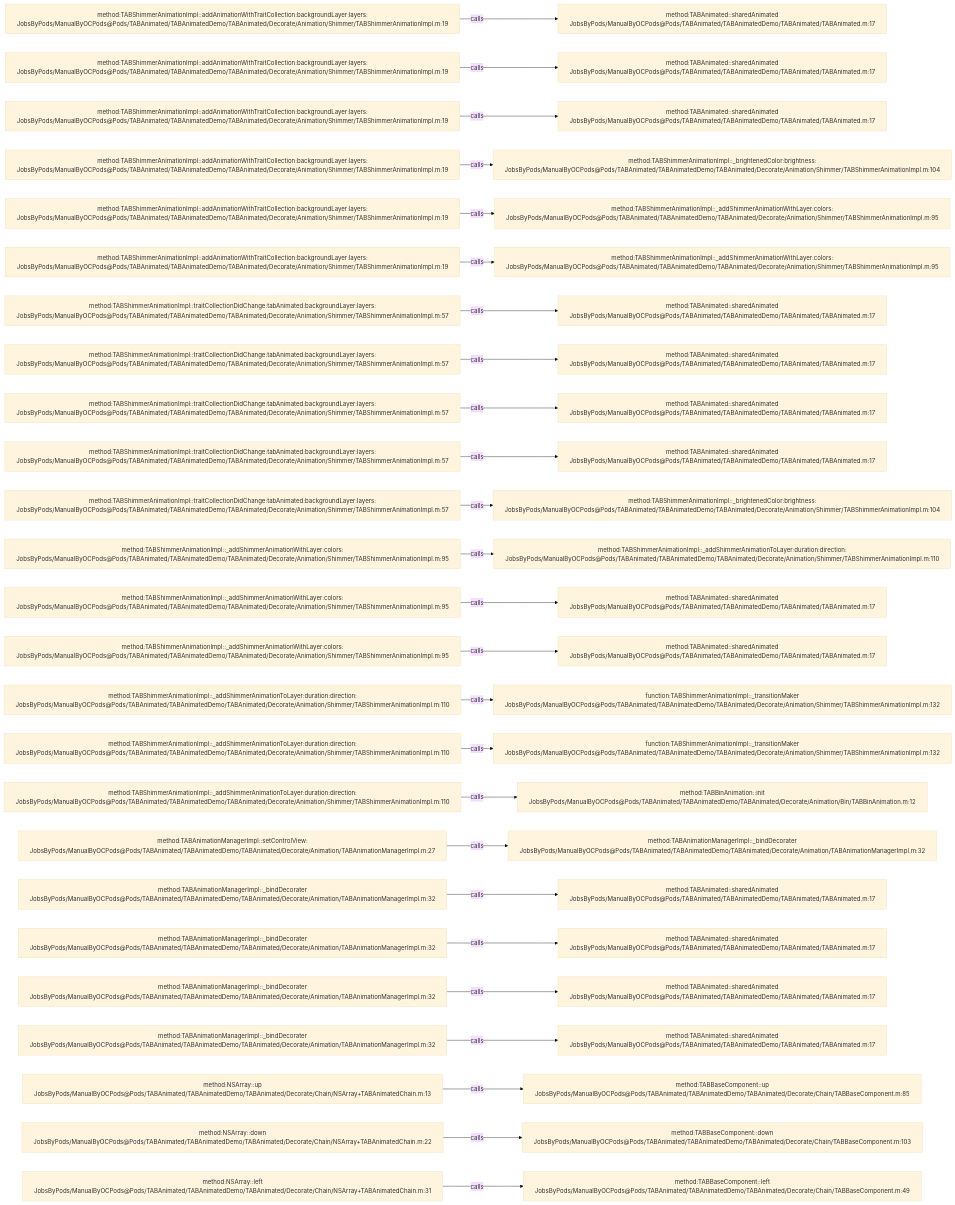
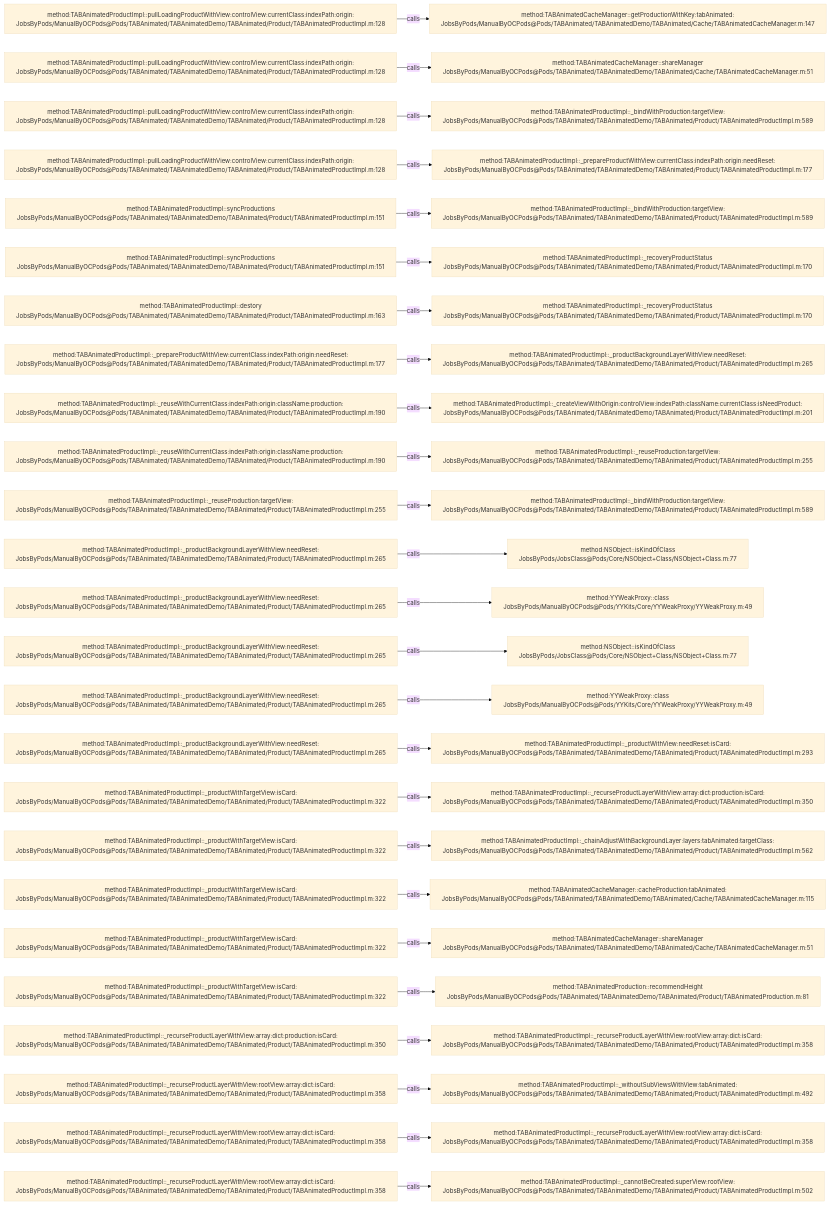
Before and after one commit to JobsKits/JobsOCBaseConfigDemo: the diagram in .codegraph/codegraph.md/graphs/calls-037.md, drawn with Mermaid (base theme). The commit also changed 1223 other files, not shown here.

````diff
--- a/.codegraph/codegraph.md/graphs/calls-037.md
+++ b/.codegraph/codegraph.md/graphs/calls-037.md
@@ -13,78 +13,78 @@
 ```mermaid
 flowchart LR
-  S1["method:TABShimmerAnimationImpl::addAnimationWithTraitCollection:backgroundLayer:layers:<br/>JobsByPods/ManualByOCPods@Pods/TABAnimated/TABAnimatedDemo/TABAnimated/Decorate/Animation/Shimmer/TABShimmerAnimationImpl.m:19"]
-  T1["method:TABAnimated::sharedAnimated<br/>JobsByPods/ManualByOCPods@Pods/TABAnimated/TABAnimatedDemo/TABAnimated/TABAnimated.m:17"]
+  S1["method:TABAnimatedProductImpl::pullLoadingProductWithView:controlView:currentClass:indexPath:origin:<br/>JobsByPods/ManualByOCPods@Pods/TABAnimated/TABAnimatedDemo/TABAnimated/Product/TABAnimatedProductImpl.m:128"]
+  T1["method:TABAnimatedCacheManager::getProductionWithKey:tabAnimated:<br/>JobsByPods/ManualByOCPods@Pods/TABAnimated/TABAnimatedDemo/TABAnimated/Cache/TABAnimatedCacheManager.m:147"]
   S1 -->|calls| T1
-  S2["method:TABShimmerAnimationImpl::addAnimationWithTraitCollection:backgroundLayer:layers:<br/>JobsByPods/ManualByOCPods@Pods/TABAnimated/TABAnimatedDemo/TABAnimated/Decorate/Animation/Shimmer/TABShimmerAnimationImpl.m:19"]
-  T2["method:TABAnimated::sharedAnimated<br/>JobsByPods/ManualByOCPods@Pods/TABAnimated/TABAnimatedDemo/TABAnimated/TABAnimated.m:17"]
+  S2["method:TABAnimatedProductImpl::pullLoadingProductWithView:controlView:currentClass:indexPath:origin:<br/>JobsByPods/ManualByOCPods@Pods/TABAnimated/TABAnimatedDemo/TABAnimated/Product/TABAnimatedProductImpl.m:128"]
+  T2["method:TABAnimatedCacheManager::shareManager<br/>JobsByPods/ManualByOCPods@Pods/TABAnimated/TABAnimatedDemo/TABAnimated/Cache/TABAnimatedCacheManager.m:51"]
   S2 -->|calls| T2
-  S3["method:TABShimmerAnimationImpl::addAnimationWithTraitCollection:backgroundLayer:layers:<br/>JobsByPods/ManualByOCPods@Pods/TABAnimated/TABAnimatedDemo/TABAnimated/Decorate/Animation/Shimmer/TABShimmerAnimationImpl.m:19"]
-  T3["method:TABAnimated::sharedAnimated<br/>JobsByPods/ManualByOCPods@Pods/TABAnimated/TABAnimatedDemo/TABAnimated/TABAnimated.m:17"]
+  S3["method:TABAnimatedProductImpl::pullLoadingProductWithView:controlView:currentClass:indexPath:origin:<br/>JobsByPods/ManualByOCPods@Pods/TABAnimated/TABAnimatedDemo/TABAnimated/Product/TABAnimatedProductImpl.m:128"]
+  T3["method:TABAnimatedProductImpl::_bindWithProduction:targetView:<br/>JobsByPods/ManualByOCPods@Pods/TABAnimated/TABAnimatedDemo/TABAnimated/Product/TABAnimatedProductImpl.m:589"]
   S3 -->|calls| T3
-  S4["method:TABShimmerAnimationImpl::addAnimationWithTraitCollection:backgroundLayer:layers:<br/>JobsByPods/ManualByOCPods@Pods/TABAnimated/TABAnimatedDemo/TABAnimated/Decorate/Animation/Shimmer/TABShimmerAnimationImpl.m:19"]
-  T4["method:TABShimmerAnimationImpl::_brightenedColor:brightness:<br/>JobsByPods/ManualByOCPods@Pods/TABAnimated/TABAnimatedDemo/TABAnimated/Decorate/Animation/Shimmer/TABShimmerAnimationImpl.m:104"]
+  S4["method:TABAnimatedProductImpl::pullLoadingProductWithView:controlView:currentClass:indexPath:origin:<br/>JobsByPods/ManualByOCPods@Pods/TABAnimated/TABAnimatedDemo/TABAnimated/Product/TABAnimatedProductImpl.m:128"]
+  T4["method:TABAnimatedProductImpl::_prepareProductWithView:currentClass:indexPath:origin:needReset:<br/>JobsByPods/ManualByOCPods@Pods/TABAnimated/TABAnimatedDemo/TABAnimated/Product/TABAnimatedProductImpl.m:177"]
   S4 -->|calls| T4
-  S5["method:TABShimmerAnimationImpl::addAnimationWithTraitCollection:backgroundLayer:layers:<br/>JobsByPods/ManualByOCPods@Pods/TABAnimated/TABAnimatedDemo/TABAnimated/Decorate/Animation/Shimmer/TABShimmerAnimationImpl.m:19"]
-  T5["method:TABShimmerAnimationImpl::_addShimmerAnimationWithLayer:colors:<br/>JobsByPods/ManualByOCPods@Pods/TABAnimated/TABAnimatedDemo/TABAnimated/Decorate/Animation/Shimmer/TABShimmerAnimationImpl.m:95"]
+  S5["method:TABAnimatedProductImpl::syncProductions<br/>JobsByPods/ManualByOCPods@Pods/TABAnimated/TABAnimatedDemo/TABAnimated/Product/TABAnimatedProductImpl.m:151"]
+  T5["method:TABAnimatedProductImpl::_bindWithProduction:targetView:<br/>JobsByPods/ManualByOCPods@Pods/TABAnimated/TABAnimatedDemo/TABAnimated/Product/TABAnimatedProductImpl.m:589"]
   S5 -->|calls| T5
-  S6["method:TABShimmerAnimationImpl::addAnimationWithTraitCollection:backgroundLayer:layers:<br/>JobsByPods/ManualByOCPods@Pods/TABAnimated/TABAnimatedDemo/TABAnimated/Decorate/Animation/Shimmer/TABShimmerAnimationImpl.m:19"]
-  T6["method:TABShimmerAnimationImpl::_addShimmerAnimationWithLayer:colors:<br/>JobsByPods/ManualByOCPods@Pods/TABAnimated/TABAnimatedDemo/TABAnimated/Decorate/Animation/Shimmer/TABShimmerAnimationImpl.m:95"]
+  S6["method:TABAnimatedProductImpl::syncProductions<br/>JobsByPods/ManualByOCPods@Pods/TABAnimated/TABAnimatedDemo/TABAnimated/Product/TABAnimatedProductImpl.m:151"]
+  T6["method:TABAnimatedProductImpl::_recoveryProductStatus<br/>JobsByPods/ManualByOCPods@Pods/TABAnimated/TABAnimatedDemo/TABAnimated/Product/TABAnimatedProductImpl.m:170"]
   S6 -->|calls| T6
-  S7["method:TABShimmerAnimationImpl::traitCollectionDidChange:tabAnimated:backgroundLayer:layers:<br/>JobsByPods/ManualByOCPods@Pods/TABAnimated/TABAnimatedDemo/TABAnimated/Decorate/Animation/Shimmer/TABShimmerAnimationImpl.m:57"]
-  T7["method:TABAnimated::sharedAnimated<br/>JobsByPods/ManualByOCPods@Pods/TABAnimated/TABAnimatedDemo/TABAnimated/TABAnimated.m:17"]
+  S7["method:TABAnimatedProductImpl::destory<br/>JobsByPods/ManualByOCPods@Pods/TABAnimated/TABAnimatedDemo/TABAnimated/Product/TABAnimatedProductImpl.m:163"]
+  T7["method:TABAnimatedProductImpl::_recoveryProductStatus<br/>JobsByPods/ManualByOCPods@Pods/TABAnimated/TABAnimatedDemo/TABAnimated/Product/TABAnimatedProductImpl.m:170"]
   S7 -->|calls| T7
-  S8["method:TABShimmerAnimationImpl::traitCollectionDidChange:tabAnimated:backgroundLayer:layers:<br/>JobsByPods/ManualByOCPods@Pods/TABAnimated/TABAnimatedDemo/TABAnimated/Decorate/Animation/Shimmer/TABShimmerAnimationImpl.m:57"]
-  T8["method:TABAnimated::sharedAnimated<br/>JobsByPods/ManualByOCPods@Pods/TABAnimated/TABAnimatedDemo/TABAnimated/TABAnimated.m:17"]
+  S8["method:TABAnimatedProductImpl::_prepareProductWithView:currentClass:indexPath:origin:needReset:<br/>JobsByPods/ManualByOCPods@Pods/TABAnimated/TABAnimatedDemo/TABAnimated/Product/TABAnimatedProductImpl.m:177"]
+  T8["method:TABAnimatedProductImpl::_productBackgroundLayerWithView:needReset:<br/>JobsByPods/ManualByOCPods@Pods/TABAnimated/TABAnimatedDemo/TABAnimated/Product/TABAnimatedProductImpl.m:265"]
   S8 -->|calls| T8
-  S9["method:TABShimmerAnimationImpl::traitCollectionDidChange:tabAnimated:backgroundLayer:layers:<br/>JobsByPods/ManualByOCPods@Pods/TABAnimated/TABAnimatedDemo/TABAnimated/Decorate/Animation/Shimmer/TABShimmerAnimationImpl.m:57"]
-  T9["method:TABAnimated::sharedAnimated<br/>JobsByPods/ManualByOCPods@Pods/TABAnimated/TABAnimatedDemo/TABAnimated/TABAnimated.m:17"]
+  S9["method:TABAnimatedProductImpl::_reuseWithCurrentClass:indexPath:origin:className:production:<br/>JobsByPods/ManualByOCPods@Pods/TABAnimated/TABAnimatedDemo/TABAnimated/Product/TABAnimatedProductImpl.m:190"]
+  T9["method:TABAnimatedProductImpl::_createViewWithOrigin:controlView:indexPath:className:currentClass:isNeedProduct:<br/>JobsByPods/ManualByOCPods@Pods/TABAnimated/TABAnimatedDemo/TABAnimated/Product/TABAnimatedProductImpl.m:201"]
   S9 -->|calls| T9
-  S10["method:TABShimmerAnimationImpl::traitCollectionDidChange:tabAnimated:backgroundLayer:layers:<br/>JobsByPods/ManualByOCPods@Pods/TABAnimated/TABAnimatedDemo/TABAnimated/Decorate/Animation/Shimmer/TABShimmerAnimationImpl.m:57"]
-  T10["method:TABAnimated::sharedAnimated<br/>JobsByPods/ManualByOCPods@Pods/TABAnimated/TABAnimatedDemo/TABAnimated/TABAnimated.m:17"]
+  S10["method:TABAnimatedProductImpl::_reuseWithCurrentClass:indexPath:origin:className:production:<br/>JobsByPods/ManualByOCPods@Pods/TABAnimated/TABAnimatedDemo/TABAnimated/Product/TABAnimatedProductImpl.m:190"]
+  T10["method:TABAnimatedProductImpl::_reuseProduction:targetView:<br/>JobsByPods/ManualByOCPods@Pods/TABAnimated/TABAnimatedDemo/TABAnimated/Product/TABAnimatedProductImpl.m:255"]
   S10 -->|calls| T10
-  S11["method:TABShimmerAnimationImpl::traitCollectionDidChange:tabAnimated:backgroundLayer:layers:<br/>JobsByPods/ManualByOCPods@Pods/TABAnimated/TABAnimatedDemo/TABAnimated/Decorate/Animation/Shimmer/TABShimmerAnimationImpl.m:57"]
-  T11["method:TABShimmerAnimationImpl::_brightenedColor:brightness:<br/>JobsByPods/ManualByOCPods@Pods/TABAnimated/TABAnimatedDemo/TABAnimated/Decorate/Animation/Shimmer/TABShimmerAnimationImpl.m:104"]
+  S11["method:TABAnimatedProductImpl::_reuseProduction:targetView:<br/>JobsByPods/ManualByOCPods@Pods/TABAnimated/TABAnimatedDemo/TABAnimated/Product/TABAnimatedProductImpl.m:255"]
+  T11["method:TABAnimatedProductImpl::_bindWithProduction:targetView:<br/>JobsByPods/ManualByOCPods@Pods/TABAnimated/TABAnimatedDemo/TABAnimated/Product/TABAnimatedProductImpl.m:589"]
   S11 -->|calls| T11
-  S12["method:TABShimmerAnimationImpl::_addShimmerAnimationWithLayer:colors:<br/>JobsByPods/ManualByOCPods@Pods/TABAnimated/TABAnimatedDemo/TABAnimated/Decorate/Animation/Shimmer/TABShimmerAnimationImpl.m:95"]
-  T12["method:TABShimmerAnimationImpl::_addShimmerAnimationToLayer:duration:direction:<br/>JobsByPods/ManualByOCPods@Pods/TABAnimated/TABAnimatedDemo/TABAnimated/Decorate/Animation/Shimmer/TABShimmerAnimationImpl.m:110"]
+  S12["method:TABAnimatedProductImpl::_productBackgroundLayerWithView:needReset:<br/>JobsByPods/ManualByOCPods@Pods/TABAnimated/TABAnimatedDemo/TABAnimated/Product/TABAnimatedProductImpl.m:265"]
+  T12["method:NSObject::isKindOfClass<br/>JobsByPods/JobsClass@Pods/Core/NSObject+Class/NSObject+Class.m:77"]
   S12 -->|calls| T12
-  S13["method:TABShimmerAnimationImpl::_addShimmerAnimationWithLayer:colors:<br/>JobsByPods/ManualByOCPods@Pods/TABAnimated/TABAnimatedDemo/TABAnimated/Decorate/Animation/Shimmer/TABShimmerAnimationImpl.m:95"]
-  T13["method:TABAnimated::sharedAnimated<br/>JobsByPods/ManualByOCPods@Pods/TABAnimated/TABAnimatedDemo/TABAnimated/TABAnimated.m:17"]
+  S13["method:TABAnimatedProductImpl::_productBackgroundLayerWithView:needReset:<br/>JobsByPods/ManualByOCPods@Pods/TABAnimated/TABAnimatedDemo/TABAnimated/Product/TABAnimatedProductImpl.m:265"]
+  T13["method:YYWeakProxy::class<br/>JobsByPods/ManualByOCPods@Pods/YYKits/Core/YYWeakProxy/YYWeakProxy.m:49"]
   S13 -->|calls| T13
-  S14["method:TABShimmerAnimationImpl::_addShimmerAnimationWithLayer:colors:<br/>JobsByPods/ManualByOCPods@Pods/TABAnimated/TABAnimatedDemo/TABAnimated/Decorate/Animation/Shimmer/TABShimmerAnimationImpl.m:95"]
-  T14["method:TABAnimated::sharedAnimated<br/>JobsByPods/ManualByOCPods@Pods/TABAnimated/TABAnimatedDemo/TABAnimated/TABAnimated.m:17"]
+  S14["method:TABAnimatedProductImpl::_productBackgroundLayerWithView:needReset:<br/>JobsByPods/ManualByOCPods@Pods/TABAnimated/TABAnimatedDemo/TABAnimated/Product/TABAnimatedProductImpl.m:265"]
+  T14["method:NSObject::isKindOfClass<br/>JobsByPods/JobsClass@Pods/Core/NSObject+Class/NSObject+Class.m:77"]
   S14 -->|calls| T14
-  S15["method:TABShimmerAnimationImpl::_addShimmerAnimationToLayer:duration:direction:<br/>JobsByPods/ManualByOCPods@Pods/TABAnimated/TABAnimatedDemo/TABAnimated/Decorate/Animation/Shimmer/TABShimmerAnimationImpl.m:110"]
-  T15["function:TABShimmerAnimationImpl::_transitionMaker<br/>JobsByPods/ManualByOCPods@Pods/TABAnimated/TABAnimatedDemo/TABAnimated/Decorate/Animation/Shimmer/TABShimmerAnimationImpl.m:132"]
+  S15["method:TABAnimatedProductImpl::_productBackgroundLayerWithView:needReset:<br/>JobsByPods/ManualByOCPods@Pods/TABAnimated/TABAnimatedDemo/TABAnimated/Product/TABAnimatedProductImpl.m:265"]
+  T15["method:YYWeakProxy::class<br/>JobsByPods/ManualByOCPods@Pods/YYKits/Core/YYWeakProxy/YYWeakProxy.m:49"]
   S15 -->|calls| T15
-  S16["method:TABShimmerAnimationImpl::_addShimmerAnimationToLayer:duration:direction:<br/>JobsByPods/ManualByOCPods@Pods/TABAnimated/TABAnimatedDemo/TABAnimated/Decorate/Animation/Shimmer/TABShimmerAnimationImpl.m:110"]
-  T16["function:TABShimmerAnimationImpl::_transitionMaker<br/>JobsByPods/ManualByOCPods@Pods/TABAnimated/TABAnimatedDemo/TABAnimated/Decorate/Animation/Shimmer/TABShimmerAnimationImpl.m:132"]
+  S16["method:TABAnimatedProductImpl::_productBackgroundLayerWithView:needReset:<br/>JobsByPods/ManualByOCPods@Pods/TABAnimated/TABAnimatedDemo/TABAnimated/Product/TABAnimatedProductImpl.m:265"]
+  T16["method:TABAnimatedProductImpl::_productWithView:needReset:isCard:<br/>JobsByPods/ManualByOCPods@Pods/TABAnimated/TABAnimatedDemo/TABAnimated/Product/TABAnimatedProductImpl.m:293"]
   S16 -->|calls| T16
-  S17["method:TABShimmerAnimationImpl::_addShimmerAnimationToLayer:duration:direction:<br/>JobsByPods/ManualByOCPods@Pods/TABAnimated/TABAnimatedDemo/TABAnimated/Decorate/Animation/Shimmer/TABShimmerAnimationImpl.m:110"]
-  T17["method:TABBinAnimation::init<br/>JobsByPods/ManualByOCPods@Pods/TABAnimated/TABAnimatedDemo/TABAnimated/Decorate/Animation/Bin/TABBinAnimation.m:12"]
+  S17["method:TABAnimatedProductImpl::_productWithTargetView:isCard:<br/>JobsByPods/ManualByOCPods@Pods/TABAnimated/TABAnimatedDemo/TABAnimated/Product/TABAnimatedProductImpl.m:322"]
+  T17["method:TABAnimatedProductImpl::_recurseProductLayerWithView:array:dict:production:isCard:<br/>JobsByPods/ManualByOCPods@Pods/TABAnimated/TABAnimatedDemo/TABAnimated/Product/TABAnimatedProductImpl.m:350"]
   S17 -->|calls| T17
-  S18["method:TABAnimationManagerImpl::setControlView:<br/>JobsByPods/ManualByOCPods@Pods/TABAnimated/TABAnimatedDemo/TABAnimated/Decorate/Animation/TABAnimationManagerImpl.m:27"]
-  T18["method:TABAnimationManagerImpl::_bindDecorater<br/>JobsByPods/ManualByOCPods@Pods/TABAnimated/TABAnimatedDemo/TABAnimated/Decorate/Animation/TABAnimationManagerImpl.m:32"]
+  S18["method:TABAnimatedProductImpl::_productWithTargetView:isCard:<br/>JobsByPods/ManualByOCPods@Pods/TABAnimated/TABAnimatedDemo/TABAnimated/Product/TABAnimatedProductImpl.m:322"]
+  T18["method:TABAnimatedProductImpl::_chainAdjustWithBackgroundLayer:layers:tabAnimated:targetClass:<br/>JobsByPods/ManualByOCPods@Pods/TABAnimated/TABAnimatedDemo/TABAnimated/Product/TABAnimatedProductImpl.m:562"]
   S18 -->|calls| T18
-  S19["method:TABAnimationManagerImpl::_bindDecorater<br/>JobsByPods/ManualByOCPods@Pods/TABAnimated/TABAnimatedDemo/TABAnimated/Decorate/Animation/TABAnimationManagerImpl.m:32"]
-  T19["method:TABAnimated::sharedAnimated<br/>JobsByPods/ManualByOCPods@Pods/TABAnimated/TABAnimatedDemo/TABAnimated/TABAnimated.m:17"]
+  S19["method:TABAnimatedProductImpl::_productWithTargetView:isCard:<br/>JobsByPods/ManualByOCPods@Pods/TABAnimated/TABAnimatedDemo/TABAnimated/Product/TABAnimatedProductImpl.m:322"]
+  T19["method:TABAnimatedCacheManager::cacheProduction:tabAnimated:<br/>JobsByPods/ManualByOCPods@Pods/TABAnimated/TABAnimatedDemo/TABAnimated/Cache/TABAnimatedCacheManager.m:115"]
   S19 -->|calls| T19
-  S20["method:TABAnimationManagerImpl::_bindDecorater<br/>JobsByPods/ManualByOCPods@Pods/TABAnimated/TABAnimatedDemo/TABAnimated/Decorate/Animation/TABAnimationManagerImpl.m:32"]
-  T20["method:TABAnimated::sharedAnimated<br/>JobsByPods/ManualByOCPods@Pods/TABAnimated/TABAnimatedDemo/TABAnimated/TABAnimated.m:17"]
+  S20["method:TABAnimatedProductImpl::_productWithTargetView:isCard:<br/>JobsByPods/ManualByOCPods@Pods/TABAnimated/TABAnimatedDemo/TABAnimated/Product/TABAnimatedProductImpl.m:322"]
+  T20["method:TABAnimatedCacheManager::shareManager<br/>JobsByPods/ManualByOCPods@Pods/TABAnimated/TABAnimatedDemo/TABAnimated/Cache/TABAnimatedCacheManager.m:51"]
   S20 -->|calls| T20
-  S21["method:TABAnimationManagerImpl::_bindDecorater<br/>JobsByPods/ManualByOCPods@Pods/TABAnimated/TABAnimatedDemo/TABAnimated/Decorate/Animation/TABAnimationManagerImpl.m:32"]
-  T21["method:TABAnimated::sharedAnimated<br/>JobsByPods/ManualByOCPods@Pods/TABAnimated/TABAnimatedDemo/TABAnimated/TABAnimated.m:17"]
+  S21["method:TABAnimatedProductImpl::_productWithTargetView:isCard:<br/>JobsByPods/ManualByOCPods@Pods/TABAnimated/TABAnimatedDemo/TABAnimated/Product/TABAnimatedProductImpl.m:322"]
+  T21["method:TABAnimatedProduction::recommendHeight<br/>JobsByPods/ManualByOCPods@Pods/TABAnimated/TABAnimatedDemo/TABAnimated/Product/TABAnimatedProduction.m:81"]
   S21 -->|calls| T21
-  S22["method:TABAnimationManagerImpl::_bindDecorater<br/>JobsByPods/ManualByOCPods@Pods/TABAnimated/TABAnimatedDemo/TABAnimated/Decorate/Animation/TABAnimationManagerImpl.m:32"]
-  T22["method:TABAnimated::sharedAnimated<br/>JobsByPods/ManualByOCPods@Pods/TABAnimated/TABAnimatedDemo/TABAnimated/TABAnimated.m:17"]
+  S22["method:TABAnimatedProductImpl::_recurseProductLayerWithView:array:dict:production:isCard:<br/>JobsByPods/ManualByOCPods@Pods/TABAnimated/TABAnimatedDemo/TABAnimated/Product/TABAnimatedProductImpl.m:350"]
+  T22["method:TABAnimatedProductImpl::_recurseProductLayerWithView:rootView:array:dict:isCard:<br/>JobsByPods/ManualByOCPods@Pods/TABAnimated/TABAnimatedDemo/TABAnimated/Product/TABAnimatedProductImpl.m:358"]
   S22 -->|calls| T22
-  S23["method:NSArray::up<br/>JobsByPods/ManualByOCPods@Pods/TABAnimated/TABAnimatedDemo/TABAnimated/Decorate/Chain/NSArray+TABAnimatedChain.m:13"]
-  T23["method:TABBaseComponent::up<br/>JobsByPods/ManualByOCPods@Pods/TABAnimated/TABAnimatedDemo/TABAnimated/Decorate/Chain/TABBaseComponent.m:85"]
+  S23["method:TABAnimatedProductImpl::_recurseProductLayerWithView:rootView:array:dict:isCard:<br/>JobsByPods/ManualByOCPods@Pods/TABAnimated/TABAnimatedDemo/TABAnimated/Product/TABAnimatedProductImpl.m:358"]
+  T23["method:TABAnimatedProductImpl::_withoutSubViewsWithView:tabAnimated:<br/>JobsByPods/ManualByOCPods@Pods/TABAnimated/TABAnimatedDemo/TABAnimated/Product/TABAnimatedProductImpl.m:492"]
   S23 -->|calls| T23
-  S24["method:NSArray::down<br/>JobsByPods/ManualByOCPods@Pods/TABAnimated/TABAnimatedDemo/TABAnimated/Decorate/Chain/NSArray+TABAnimatedChain.m:22"]
-  T24["method:TABBaseComponent::down<br/>JobsByPods/ManualByOCPods@Pods/TABAnimated/TABAnimatedDemo/TABAnimated/Decorate/Chain/TABBaseComponent.m:103"]
+  S24["method:TABAnimatedProductImpl::_recurseProductLayerWithView:rootView:array:dict:isCard:<br/>JobsByPods/ManualByOCPods@Pods/TABAnimated/TABAnimatedDemo/TABAnimated/Product/TABAnimatedProductImpl.m:358"]
+  T24["method:TABAnimatedProductImpl::_recurseProductLayerWithView:rootView:array:dict:isCard:<br/>JobsByPods/ManualByOCPods@Pods/TABAnimated/TABAnimatedDemo/TABAnimated/Product/TABAnimatedProductImpl.m:358"]
   S24 -->|calls| T24
-  S25["method:NSArray::left<br/>JobsByPods/ManualByOCPods@Pods/TABAnimated/TABAnimatedDemo/TABAnimated/Decorate/Chain/NSArray+TABAnimatedChain.m:31"]
-  T25["method:TABBaseComponent::left<br/>JobsByPods/ManualByOCPods@Pods/TABAnimated/TABAnimatedDemo/TABAnimated/Decorate/Chain/TABBaseComponent.m:49"]
+  S25["method:TABAnimatedProductImpl::_recurseProductLayerWithView:rootView:array:dict:isCard:<br/>JobsByPods/ManualByOCPods@Pods/TABAnimated/TABAnimatedDemo/TABAnimated/Product/TABAnimatedProductImpl.m:358"]
+  T25["method:TABAnimatedProductImpl::_cannotBeCreated:superView:rootView:<br/>JobsByPods/ManualByOCPods@Pods/TABAnimated/TABAnimatedDemo/TABAnimated/Product/TABAnimatedProductImpl.m:502"]
   S25 -->|calls| T25
 ```
````
